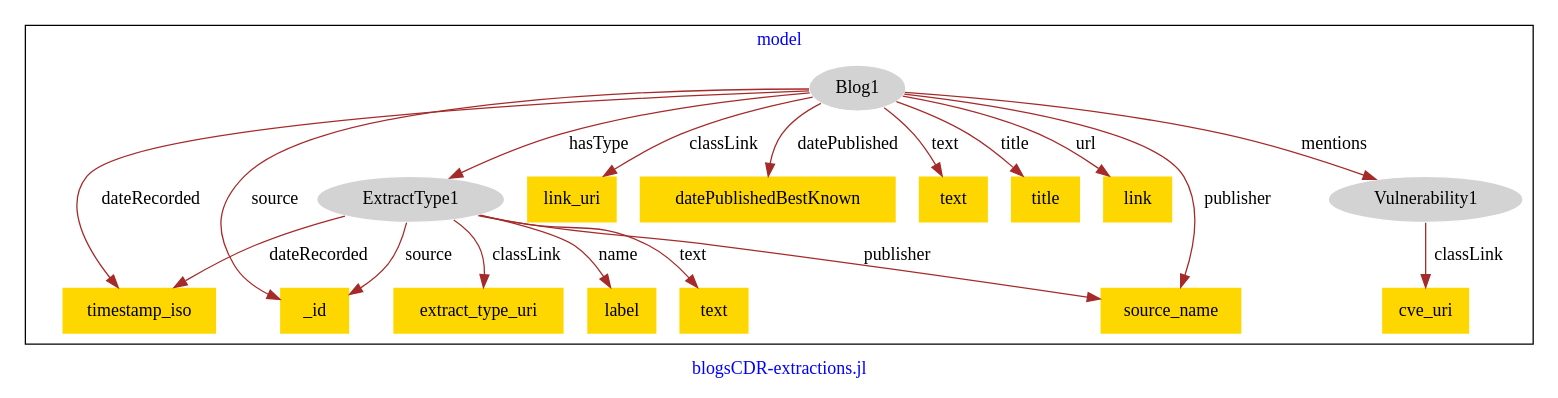
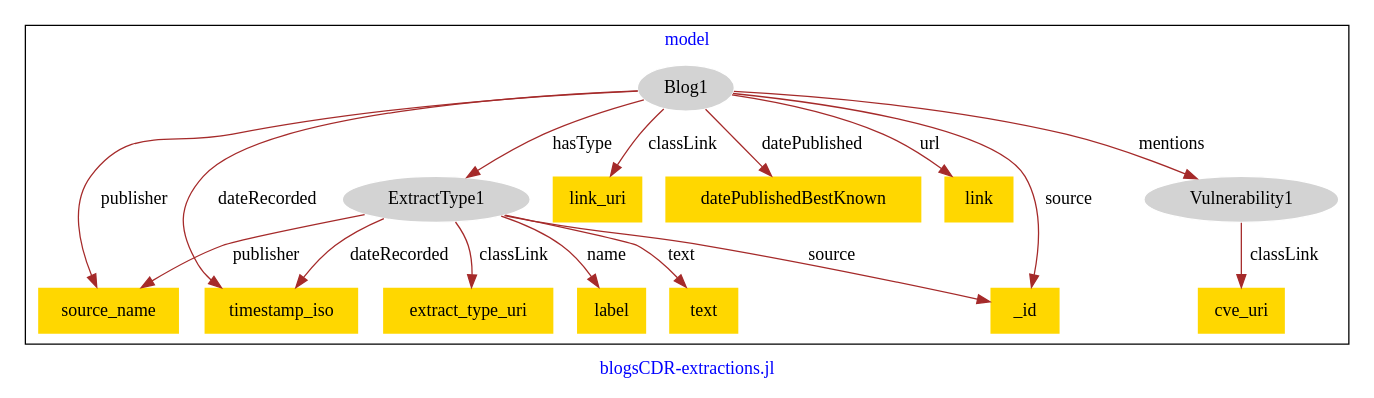
The diagram in models/hg-blogs/blogs-model.dot (darkshadows123/effect-alignment), drawn with Graphviz before and after one commit.

Commit message:
Update file blogs-model.dot

```diff
--- a/models/hg-blogs/blogs-model.dot
+++ b/models/hg-blogs/blogs-model.dot
@@ -1,40 +1,36 @@
 digraph n0 {
 fontcolor="blue"
 remincross="true"
 label="blogsCDR-extractions.jl"
 subgraph cluster {
 label="model"
 n2[style="filled",color="white",fillcolor="lightgray",label="ExtractType1"];
 n3[shape="plaintext",style="filled",fillcolor="gold",label="extract_type_uri"];
 n4[shape="plaintext",style="filled",fillcolor="gold",label="label"];
-n5[shape="plaintext",style="filled",fillcolor="gold",label="source_name"];
+n5[shape="plaintext",style="filled",fillcolor="gold",label="_id"];
 n6[shape="plaintext",style="filled",fillcolor="gold",label="text"];
 n7[style="filled",color="white",fillcolor="lightgray",label="Vulnerability1"];
 n8[shape="plaintext",style="filled",fillcolor="gold",label="cve_uri"];
 n9[style="filled",color="white",fillcolor="lightgray",label="Blog1"];
 n10[shape="plaintext",style="filled",fillcolor="gold",label="link_uri"];
 n11[shape="plaintext",style="filled",fillcolor="gold",label="datePublishedBestKnown"];
-n12[shape="plaintext",style="filled",fillcolor="gold",label="text"];
-n13[shape="plaintext",style="filled",fillcolor="gold",label="title"];
-n14[shape="plaintext",style="filled",fillcolor="gold",label="link"];
-n15[shape="plaintext",style="filled",fillcolor="gold",label="timestamp_iso"];
-n16[shape="plaintext",style="filled",fillcolor="gold",label="_id"];
+n12[shape="plaintext",style="filled",fillcolor="gold",label="link"];
+n13[shape="plaintext",style="filled",fillcolor="gold",label="source_name"];
+n14[shape="plaintext",style="filled",fillcolor="gold",label="timestamp_iso"];
 }
 n2 -> n3[color="brown",fontcolor="black",label="classLink"]
 n2 -> n4[color="brown",fontcolor="black",label="name"]
-n2 -> n5[color="brown",fontcolor="black",label="publisher"]
+n2 -> n5[color="brown",fontcolor="black",label="source"]
 n2 -> n6[color="brown",fontcolor="black",label="text"]
 n7 -> n8[color="brown",fontcolor="black",label="classLink"]
 n9 -> n10[color="brown",fontcolor="black",label="classLink"]
 n9 -> n11[color="brown",fontcolor="black",label="datePublished"]
-n9 -> n5[color="brown",fontcolor="black",label="publisher"]
-n9 -> n12[color="brown",fontcolor="black",label="text"]
-n9 -> n13[color="brown",fontcolor="black",label="title"]
-n9 -> n14[color="brown",fontcolor="black",label="url"]
 n9 -> n7[color="brown",fontcolor="black",label="mentions"]
-n9 -> n15[color="brown",fontcolor="black",label="dateRecorded"]
-n9 -> n16[color="brown",fontcolor="black",label="source"]
+n9 -> n12[color="brown",fontcolor="black",label="url"]
+n9 -> n13[color="brown",fontcolor="black",label="publisher"]
+n9 -> n14[color="brown",fontcolor="black",label="dateRecorded"]
 n9 -> n2[color="brown",fontcolor="black",label="hasType"]
-n2 -> n15[color="brown",fontcolor="black",label="dateRecorded"]
-n2 -> n16[color="brown",fontcolor="black",label="source"]
+n9 -> n5[color="brown",fontcolor="black",label="source"]
+n2 -> n13[color="brown",fontcolor="black",label="publisher"]
+n2 -> n14[color="brown",fontcolor="black",label="dateRecorded"]
 }
```
